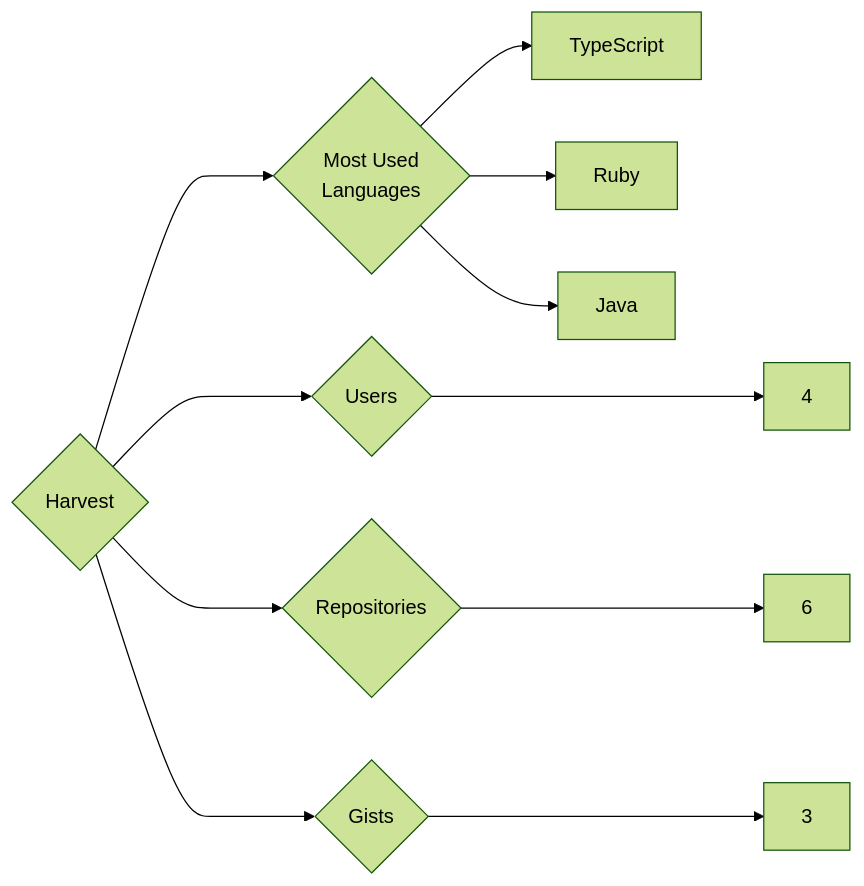
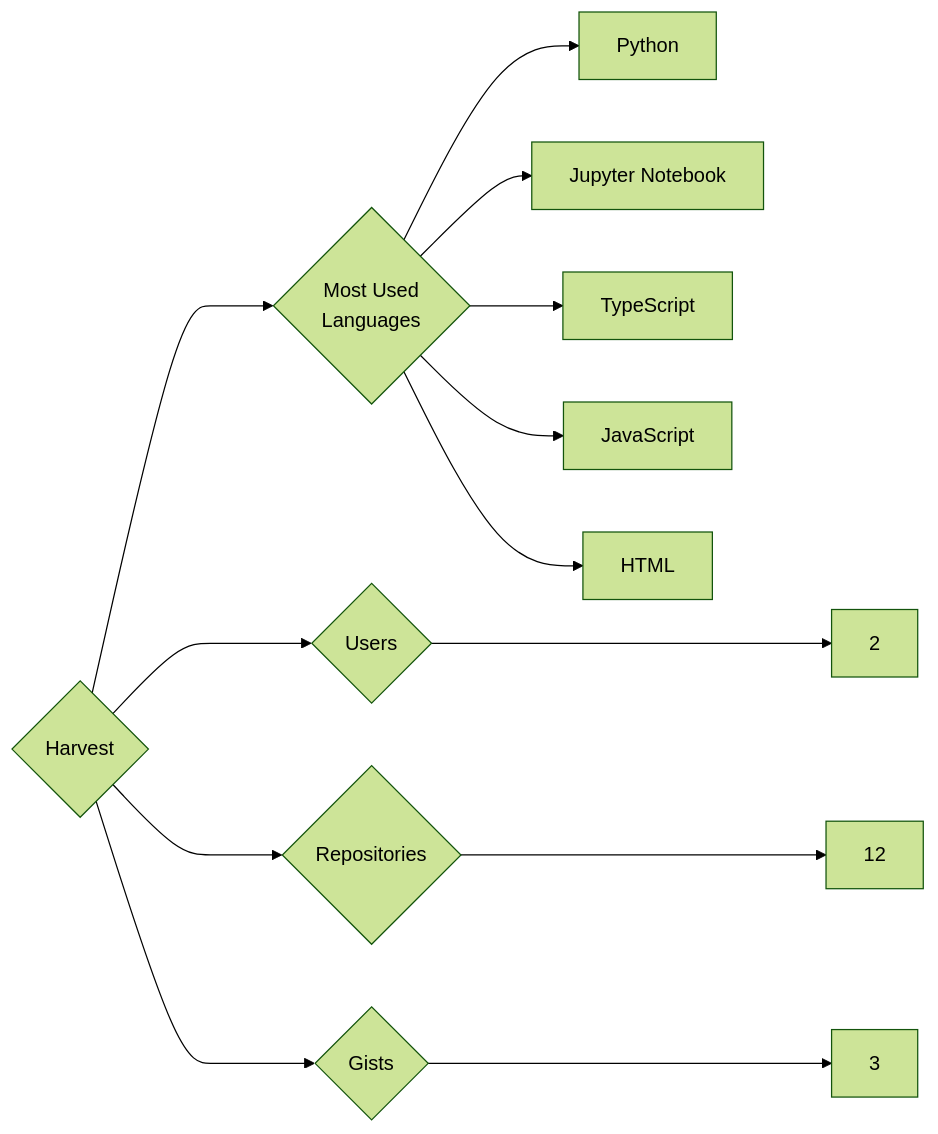
Before and after one commit to trickest/insiders: the diagram in targets/Harvest/README.md, drawn with Mermaid (forest theme). The commit also changed 942 other files, not shown here.

````diff
--- a/targets/Harvest/README.md
+++ b/targets/Harvest/README.md
@@ -3,11 +3,13 @@
 ```mermaid
 graph LR
 COMPANY_NAME{Harvest}
-COMPANY_NAME ---> U{Users} ---> UN[4]
-COMPANY_NAME ---> R{Repositories} ---> RN[6]
+COMPANY_NAME ---> U{Users} ---> UN[2]
+COMPANY_NAME ---> R{Repositories} ---> RN[12]
 COMPANY_NAME ---> G{Gists} ---> GN[3]
 COMPANY_NAME ---> ML{Most Used<br>Languages}
+ML --> Python[Python]
+ML --> Jupyter_Notebook[Jupyter Notebook]
 ML --> TypeScript[TypeScript]
-ML --> Ruby[Ruby]
-ML --> Java[Java]
+ML --> JavaScript[JavaScript]
+ML --> HTML[HTML]
 ```
````
